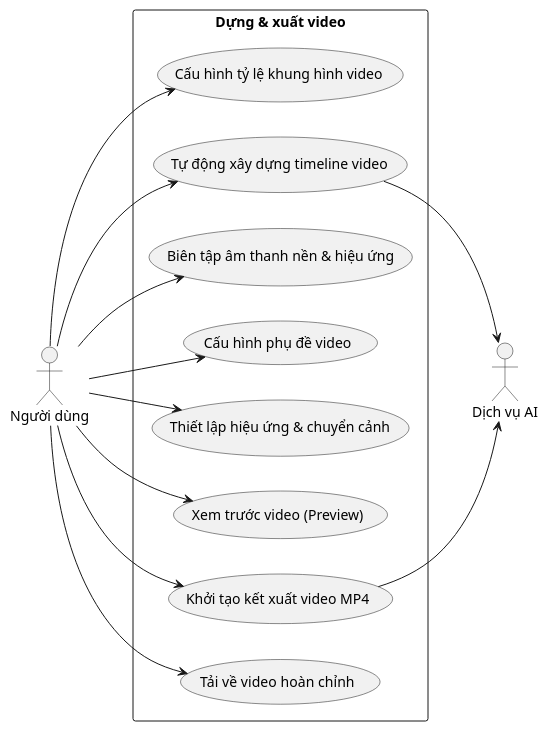
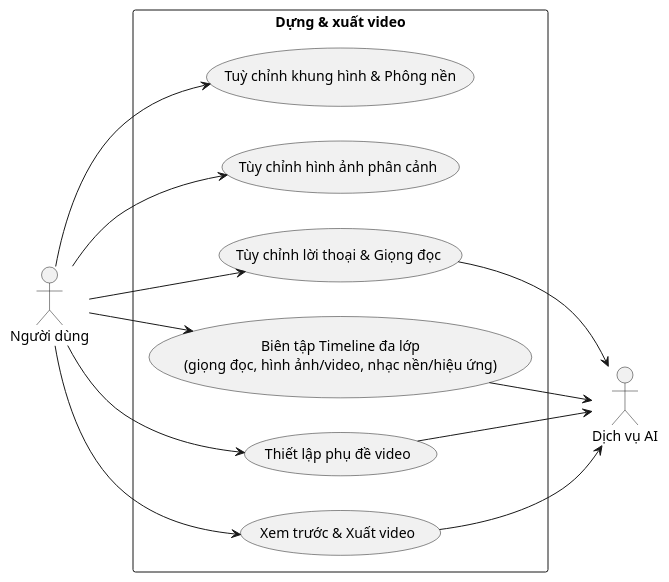
The diagram in docs/bieu-do-uc/dung-va-xuat-video.puml (202416852-anhpv/story2video-docs), drawn with PlantUML before and after one commit. The commit also changed 11 other files, not shown here.

Commit message:
Update use case diagrams: storyboard & dung video

```diff
--- a/docs/bieu-do-uc/dung-va-xuat-video.puml
+++ b/docs/bieu-do-uc/dung-va-xuat-video.puml
@@ -1,30 +1,28 @@
 @startuml dung-va-xuat-video
 left to right direction
 
 actor "Người dùng" as User
 actor "Dịch vụ AI" as AI_Service
 
 rectangle "Dựng & xuất video" {
-    usecase "Cấu hình tỷ lệ khung hình video" as UC_01
-    usecase "Tự động xây dựng timeline video" as UC_02
-    usecase "Biên tập âm thanh nền & hiệu ứng" as UC_03
-    usecase "Cấu hình phụ đề video" as UC_04
-    usecase "Thiết lập hiệu ứng & chuyển cảnh" as UC_05
-    usecase "Xem trước video (Preview)" as UC_06
-    usecase "Khởi tạo kết xuất video MP4" as UC_07
-    usecase "Tải về video hoàn chỉnh" as UC_08
+    usecase "Tuỳ chỉnh khung hình & Phông nền" as UC_01
+    usecase "Tùy chỉnh hình ảnh phân cảnh" as UC_02
+    usecase "Tùy chỉnh lời thoại & Giọng đọc" as UC_03
+    usecase "Biên tập Timeline đa lớp\n(giọng đọc, hình ảnh/video, nhạc nền/hiệu ứng)" as UC_04
+    usecase "Thiết lập phụ đề video" as UC_05
+    usecase "Xem trước & Xuất video" as UC_06
 }
 
 User --> UC_01
 User --> UC_02
 User --> UC_03
 User --> UC_04
 User --> UC_05
 User --> UC_06
-User --> UC_07
-User --> UC_08
 
-UC_02 --> AI_Service
-UC_07 --> AI_Service
+UC_03 --> AI_Service
+UC_04 --> AI_Service
+UC_05 --> AI_Service
+UC_06 --> AI_Service
 
 @enduml
```
